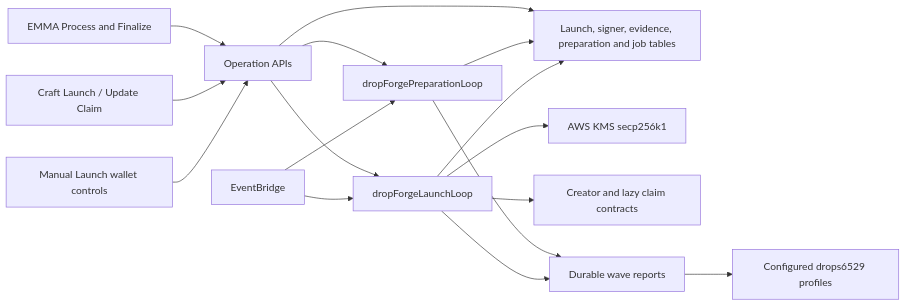
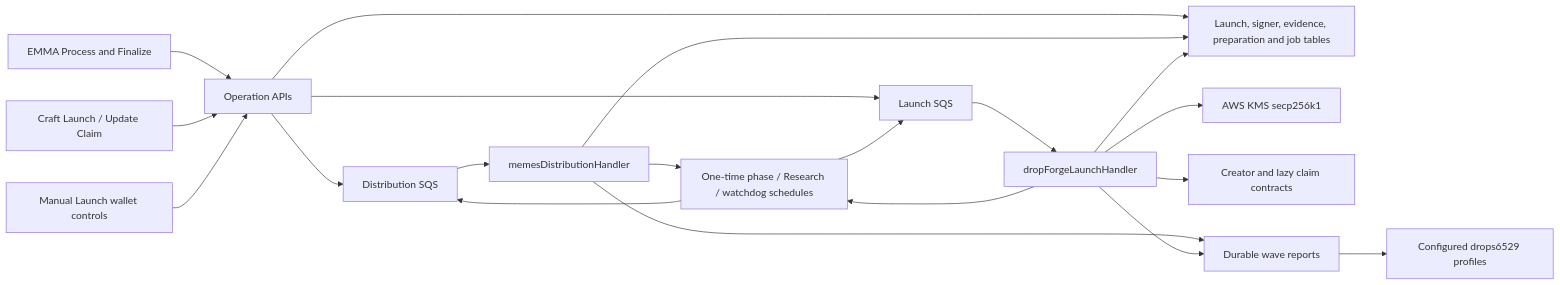
Before and after one commit to 6529-Collections/6529seize-backend: the fourth of 4 diagrams in docs/architecture.md, drawn with Mermaid. The commit also changed other lines of this file and 57 other files, not shown here.

Commit message:
Run Memes distribution and Drop Forge launch as queued handlers

````diff
--- a/docs/architecture.md
+++ b/docs/architecture.md
@@ -1936,18 +1946,22 @@
 ```mermaid
 flowchart LR
   EMMA[EMMA Process and Finalize] --> API[Operation APIs]
   Craft[Craft Launch / Update Claim] --> API
   Manual[Manual Launch wallet controls] --> API
   API --> DB[Launch, signer, evidence, preparation and job tables]
-  API --> Prep[dropForgePreparationLoop]
-  API --> Worker[dropForgeLaunchLoop]
-  EventBridge --> Prep
-  EventBridge --> Worker
+  API --> PrepQueue[Distribution SQS]
+  API --> LaunchQueue[Launch SQS]
+  PrepQueue --> Prep[memesDistributionHandler]
+  LaunchQueue --> Worker[dropForgeLaunchHandler]
+  Worker --> Scheduler[One-time phase / Research / watchdog schedules]
+  Prep --> Scheduler
+  Scheduler --> PrepQueue
+  Scheduler --> LaunchQueue
   Prep --> DB
   Worker --> DB
   Worker --> KMS[AWS KMS secp256k1]
   Worker --> Chain[Creator and lazy claim contracts]
   Prep --> Wave[Durable wave reports]
   Worker --> Wave
   Wave --> Alerts[Configured drops6529 profiles]
 ```
````
